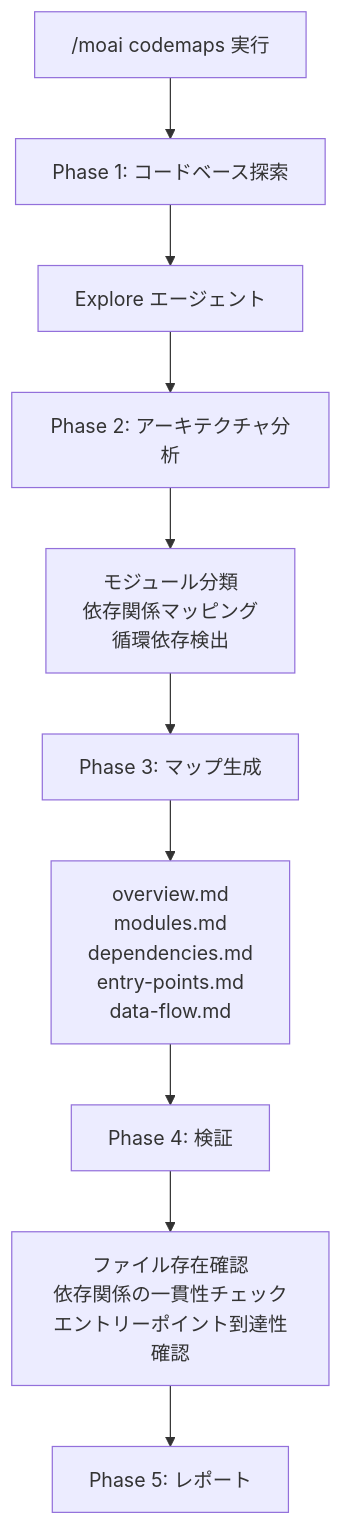
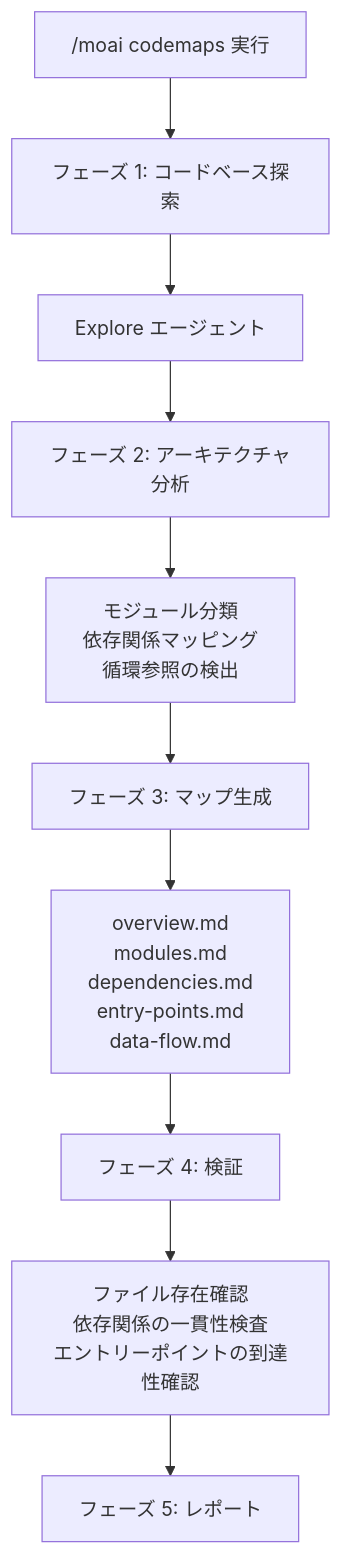
One commit to modu-ai/moai-adk changed the first of 2 diagrams in docs-site/content/ja/quality-commands/moai-codemaps.md. Above: the diagram before and after it, drawn with Mermaid. The commit also changed other lines of this file and 395 other files, not shown here.

````diff
--- a/docs-site/content/ja/quality-commands/moai-codemaps.md
+++ b/docs-site/content/ja/quality-commands/moai-codemaps.md
@@ -91,16 +91,16 @@
 ```mermaid
 flowchart TD
-    Start["/moai codemaps 実行"] --> Phase1["Phase 1: コードベース探索"]
+    Start["/moai codemaps 実行"] --> Phase1["フェーズ 1: コードベース探索"]
     Phase1 --> Explore["Explore エージェント"]
 
-    Explore --> Phase2["Phase 2: アーキテクチャ分析"]
-    Phase2 --> Analyze["モジュール分類<br/>依存関係マッピング<br/>循環依存検出"]
+    Explore --> Phase2["フェーズ 2: アーキテクチャ分析"]
+    Phase2 --> Analyze["モジュール分類<br/>依存関係マッピング<br/>循環参照の検出"]
 
-    Analyze --> Phase3["Phase 3: マップ生成"]
+    Analyze --> Phase3["フェーズ 3: マップ生成"]
     Phase3 --> Generate["overview.md<br/>modules.md<br/>dependencies.md<br/>entry-points.md<br/>data-flow.md"]
 
-    Generate --> Phase4["Phase 4: 検証"]
-    Phase4 --> Verify["ファイル存在確認<br/>依存関係の一貫性チェック<br/>エントリーポイント到達性確認"]
+    Generate --> Phase4["フェーズ 4: 検証"]
+    Phase4 --> Verify["ファイル存在確認<br/>依存関係の一貫性検査<br/>エントリーポイントの到達性確認"]
 
-    Verify --> Phase5["Phase 5: レポート"]
+    Verify --> Phase5["フェーズ 5: レポート"]
 ```
````
